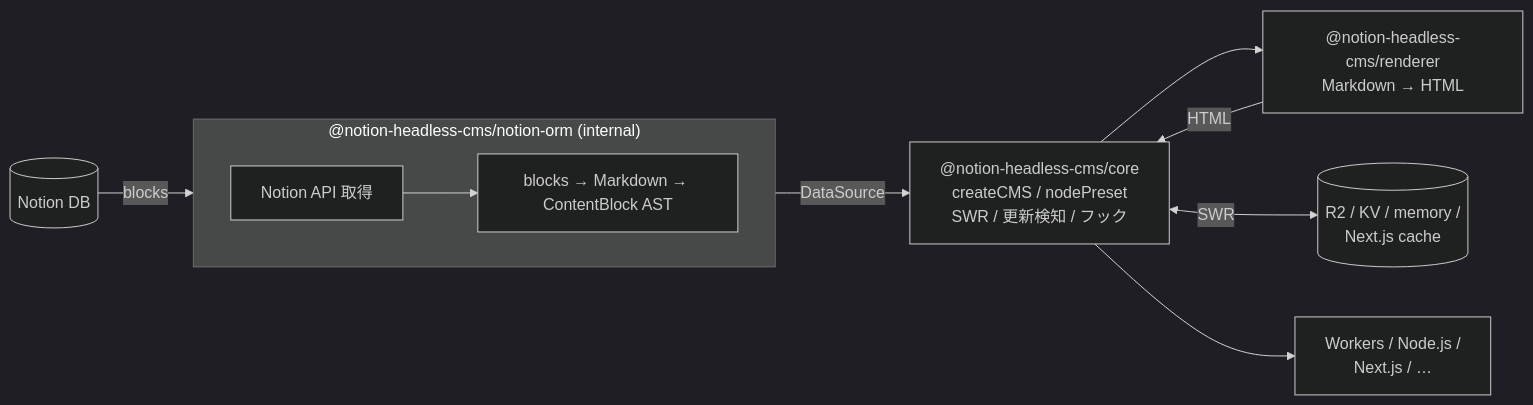
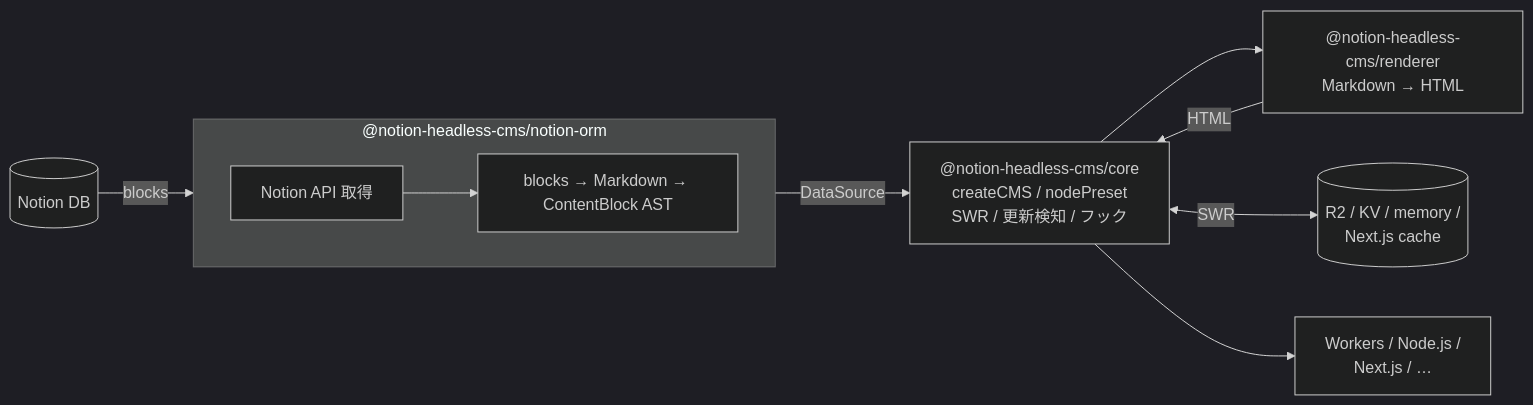
Before and after one commit to kjfsm/notion-headless-cms: the diagram in README.md, drawn with Mermaid (dark theme). The commit also changed other lines of this file and 5 other files, not shown here.

First line of the commit message:
fix: notion-orm を npm 公開対象に変更

````diff
--- a/README.md
+++ b/README.md
@@ -8,23 +8,23 @@
 ```mermaid
 flowchart LR
   notion[(Notion DB)]
 
-  subgraph orm["@notion-headless-cms/notion-orm (internal)"]
+  subgraph orm["@notion-headless-cms/notion-orm"]
     direction LR
     fetch["Notion API 取得"]
     transform["blocks → Markdown → ContentBlock AST"]
     fetch --> transform
   end
 
   renderer["@notion-headless-cms/renderer\nMarkdown → HTML"]
   core["@notion-headless-cms/core\ncreateCMS / nodePreset\nSWR / 更新検知 / フック"]
   cache[(R2 / KV / memory /\nNext.js cache)]
   output["Workers / Node.js /\nNext.js / …"]
 
   notion -->|"blocks"| orm
   orm -->|"DataSource<T>"| core
   core --> renderer
   renderer -->|"HTML"| core
   core <-->|"SWR"| cache
   core --> output
 ```
````
